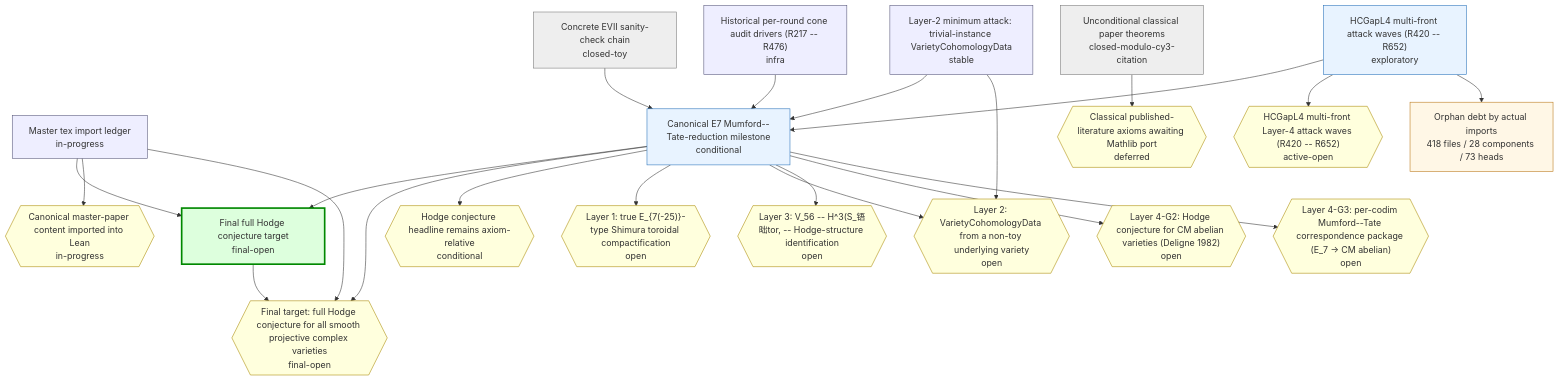
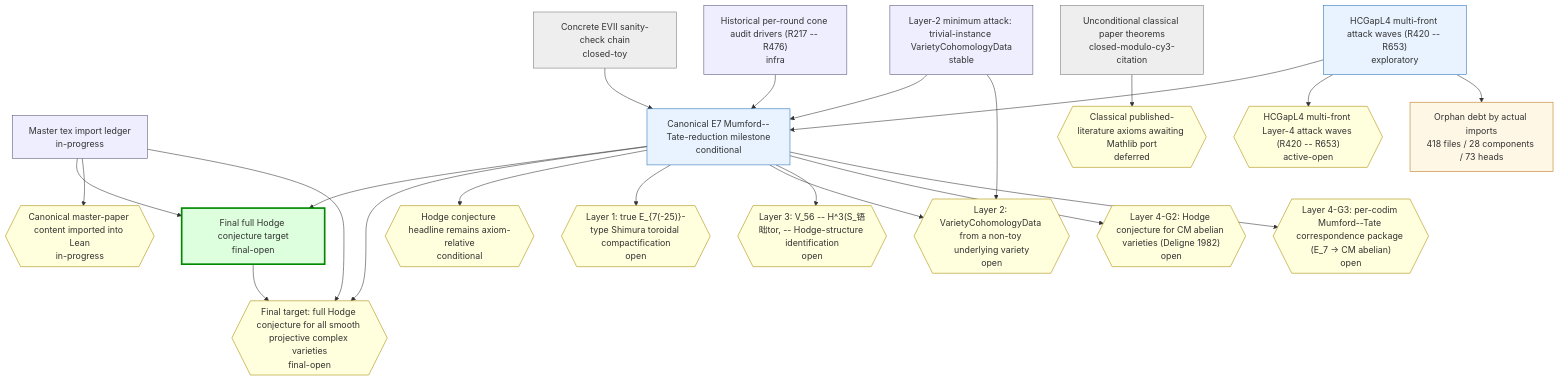
One commit to crabsatellite/hodge-conjecture-lean4-formalization changed the first of 2 diagrams in chain-status/research-map.md. Above: the diagram before and after it, drawn with Mermaid. The commit also changed other lines of this file and 8 other files, not shown here.

````diff
--- a/chain-status/research-map.md
+++ b/chain-status/research-map.md
@@ -46,54 +46,54 @@
 ```mermaid
 graph TD
   classDef main fill:#dfd,stroke:#080,stroke-width:3px
   classDef active fill:#e8f3ff,stroke:#2670b8
   classDef support fill:#eef,stroke:#557
   classDef closed fill:#eee,stroke:#777
   classDef dead fill:#fdd,stroke:#a00,stroke-width:2px
   classDef gapOpen fill:#ffd,stroke:#a80
   classDef gapClosed fill:#eee,stroke:#777
   classDef gapDead fill:#fdd,stroke:#a00
   classDef debt fill:#fff7e6,stroke:#b87514
   classDef debtTaxonomy fill:#e8f3ff,stroke:#2670b8,stroke-dasharray:3 3
   classDef debtRule fill:#eefbea,stroke:#398439,stroke-dasharray:3 3
   classDef debtDead fill:#fdd,stroke:#a00,stroke-dasharray:3 3
   chain_full_hc_final_target["Final full Hodge conjecture target\nfinal-open"]:::main
   chain_master_paper_import_ledger["Master tex import ledger\nin-progress"]:::support
   chain_main_hc_axiom_relative["Canonical E7 Mumford--Tate-reduction milestone\nconditional"]:::active
   chain_unconditional_classical["Unconditional classical paper theorems\nclosed-modulo-cy3-citation"]:::closed
   chain_hcgap_l2_trivial_instances["Layer-2 minimum attack: trivial-instance VarietyCohomologyData\nstable"]:::support
-  chain_hcgap_l4_multifront_active["HCGapL4 multi-front attack waves (R420 -- R652)\nexploratory"]:::active
+  chain_hcgap_l4_multifront_active["HCGapL4 multi-front attack waves (R420 -- R653)\nexploratory"]:::active
   chain_concrete_evii_toy["Concrete EVII sanity-check chain\nclosed-toy"]:::closed
   chain_historical_cone_audits["Historical per-round cone audit drivers (R217 -- R476)\ninfra"]:::support
   gap_G_full_hc{{"Final target: full Hodge conjecture for all smooth projective complex varieties\nfinal-open"}}:::gapOpen
   gap_G_master_paper_import{{"Canonical master-paper content imported into Lean\nin-progress"}}:::gapOpen
   gap_G_main_hc{{"Hodge conjecture headline remains axiom-relative\nconditional"}}:::gapOpen
   gap_G_l1_e7_shimura_tor{{"Layer 1: true E_{7(-25)}-type Shimura toroidal compactification\nopen"}}:::gapOpen
   gap_G_l2_cohomology_construction{{"Layer 2: VarietyCohomologyData from a non-toy underlying variety\nopen"}}:::gapOpen
   gap_G_l3_v56_mt_identification{{"Layer 3: V_56 -- H^3(S_铻昢tor, -- Hodge-structure identification\nopen"}}:::gapOpen
   gap_G_l4_cm_abelian_hc{{"Layer 4-G2: Hodge conjecture for CM abelian varieties (Deligne 1982)\nopen"}}:::gapOpen
   gap_G_l4_mt_correspondence{{"Layer 4-G3: per-codim Mumford--Tate correspondence package (E_7 -> CM abelian)\nopen"}}:::gapOpen
   gap_G_classical_mathlib_port{{"Classical published-literature axioms awaiting Mathlib port\ndeferred"}}:::gapOpen
-  gap_G_hcgap_l4_multifront{{"HCGapL4 multi-front Layer-4 attack waves (R420 -- R652)\nactive-open"}}:::gapOpen
+  gap_G_hcgap_l4_multifront{{"HCGapL4 multi-front Layer-4 attack waves (R420 -- R653)\nactive-open"}}:::gapOpen
   chain_full_hc_final_target --> gap_G_full_hc
   chain_master_paper_import_ledger --> chain_full_hc_final_target
   chain_master_paper_import_ledger --> gap_G_master_paper_import
   chain_master_paper_import_ledger --> gap_G_full_hc
   chain_main_hc_axiom_relative --> chain_full_hc_final_target
   chain_main_hc_axiom_relative --> gap_G_full_hc
   chain_main_hc_axiom_relative --> gap_G_main_hc
   chain_main_hc_axiom_relative --> gap_G_l1_e7_shimura_tor
   chain_main_hc_axiom_relative --> gap_G_l2_cohomology_construction
   chain_main_hc_axiom_relative --> gap_G_l3_v56_mt_identification
   chain_main_hc_axiom_relative --> gap_G_l4_cm_abelian_hc
   chain_main_hc_axiom_relative --> gap_G_l4_mt_correspondence
   chain_unconditional_classical --> gap_G_classical_mathlib_port
   chain_hcgap_l2_trivial_instances --> chain_main_hc_axiom_relative
   chain_hcgap_l2_trivial_instances --> gap_G_l2_cohomology_construction
   chain_hcgap_l4_multifront_active --> chain_main_hc_axiom_relative
   chain_hcgap_l4_multifront_active --> gap_G_hcgap_l4_multifront
   chain_concrete_evii_toy --> chain_main_hc_axiom_relative
   chain_historical_cone_audits --> chain_main_hc_axiom_relative
   debt_all["Orphan debt by actual imports\n418 files / 28 components / 73 heads"]:::debt
   chain_hcgap_l4_multifront_active --> debt_all
 ```
````
